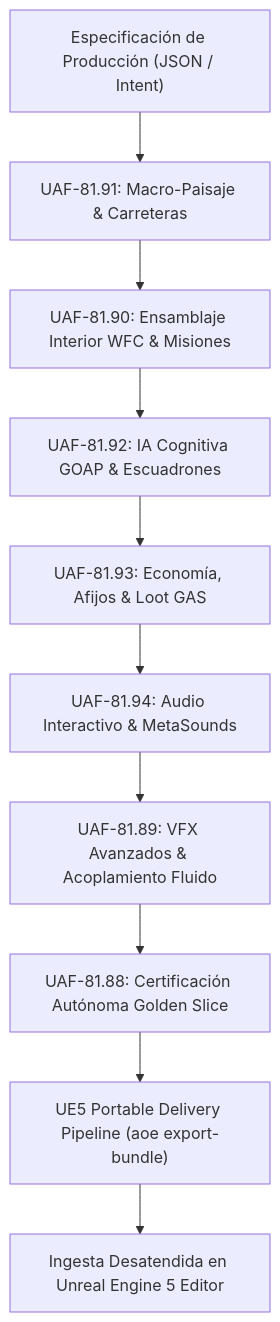
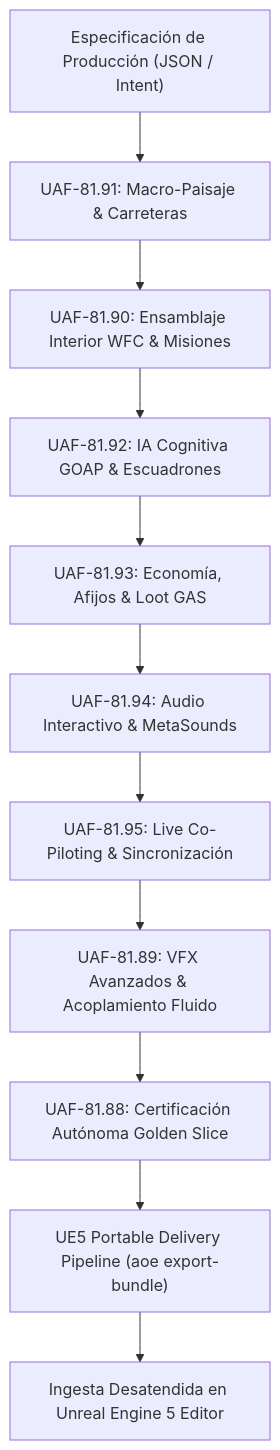
The diagram in docs/UAF-NEXTGEN-ARCHITECTURE-GUIDE.md (k3v-5/AssetOrchestrationEngine), drawn with Mermaid before and after one commit. The commit also changed other lines of this file and 15 other files, not shown here.

Commit message:
feat(copilot): implement UAF-81.95 Real-Time In-Engine Co-Piloting & Live Synchronization

````diff
--- a/docs/UAF-NEXTGEN-ARCHITECTURE-GUIDE.md
+++ b/docs/UAF-NEXTGEN-ARCHITECTURE-GUIDE.md
@@ -13,12 +13,13 @@
 ```mermaid
 graph TD
     A["Especificación de Producción (JSON / Intent)"] --> B["UAF-81.91: Macro-Paisaje & Carreteras"]
     B --> C["UAF-81.90: Ensamblaje Interior WFC & Misiones"]
     C --> D["UAF-81.92: IA Cognitiva GOAP & Escuadrones"]
     D --> E["UAF-81.93: Economía, Afijos & Loot GAS"]
     E --> F["UAF-81.94: Audio Interactivo & MetaSounds"]
-    F --> G["UAF-81.89: VFX Avanzados & Acoplamiento Fluido"]
-    G --> H["UAF-81.88: Certificación Autónoma Golden Slice"]
-    H --> I["UE5 Portable Delivery Pipeline (aoe export-bundle)"]
-    I --> J["Ingesta Desatendida en Unreal Engine 5 Editor"]
+    F --> G["UAF-81.95: Live Co-Piloting & Sincronización"]
+    G --> H["UAF-81.89: VFX Avanzados & Acoplamiento Fluido"]
+    H --> I["UAF-81.88: Certificación Autónoma Golden Slice"]
+    I --> J["UE5 Portable Delivery Pipeline (aoe export-bundle)"]
+    J --> K["Ingesta Desatendida en Unreal Engine 5 Editor"]
 ```
````
